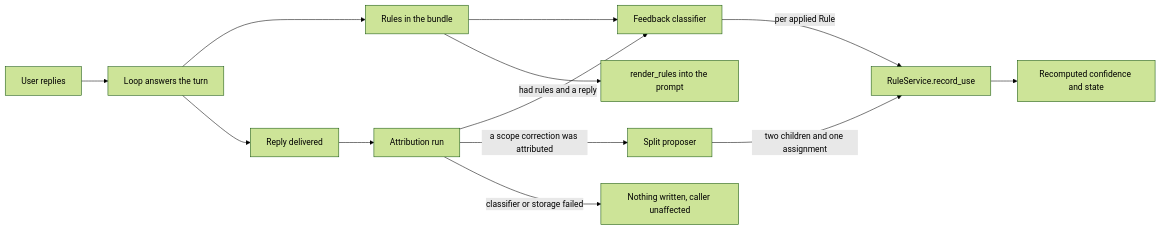
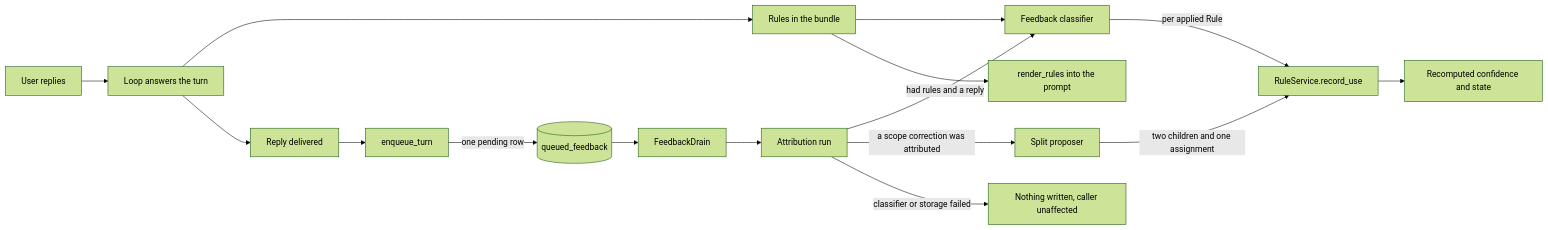
The first of 4 diagrams in docs/models/rule-system.md (salvatorebottiglieri/botti-agent), drawn with Mermaid (forest theme) before and after one commit. The commit also changed other lines of this file and 17 other files, not shown here.

````diff
--- a/docs/models/rule-system.md
+++ b/docs/models/rule-system.md
@@ -39,15 +41,18 @@
 ```mermaid
 flowchart LR
   User[User replies] --> Loop[Loop answers the turn]
   Loop --> Bundle[Rules in the bundle]
   Loop --> Reply[Reply delivered]
-  Reply --> Run[Attribution run]
+  Reply --> Enqueue[enqueue_turn]
+  Enqueue -->|one pending row| Queue[(queued_feedback)]
+  Queue --> Drain[FeedbackDrain]
+  Drain --> Run[Attribution run]
   Run -->|had rules and a reply| Classifier[Feedback classifier]
   Bundle --> Classifier
   Bundle --> Render[render_rules into the prompt]
   Classifier -->|per applied Rule| Service[RuleService.record_use]
   Run -->|a scope correction was attributed| Split[Split proposer]
   Split -->|two children and one assignment| Service
   Service --> Score[Recomputed confidence and state]
   Run -->|classifier or storage failed| Nothing[Nothing written, caller unaffected]
 ```
````
